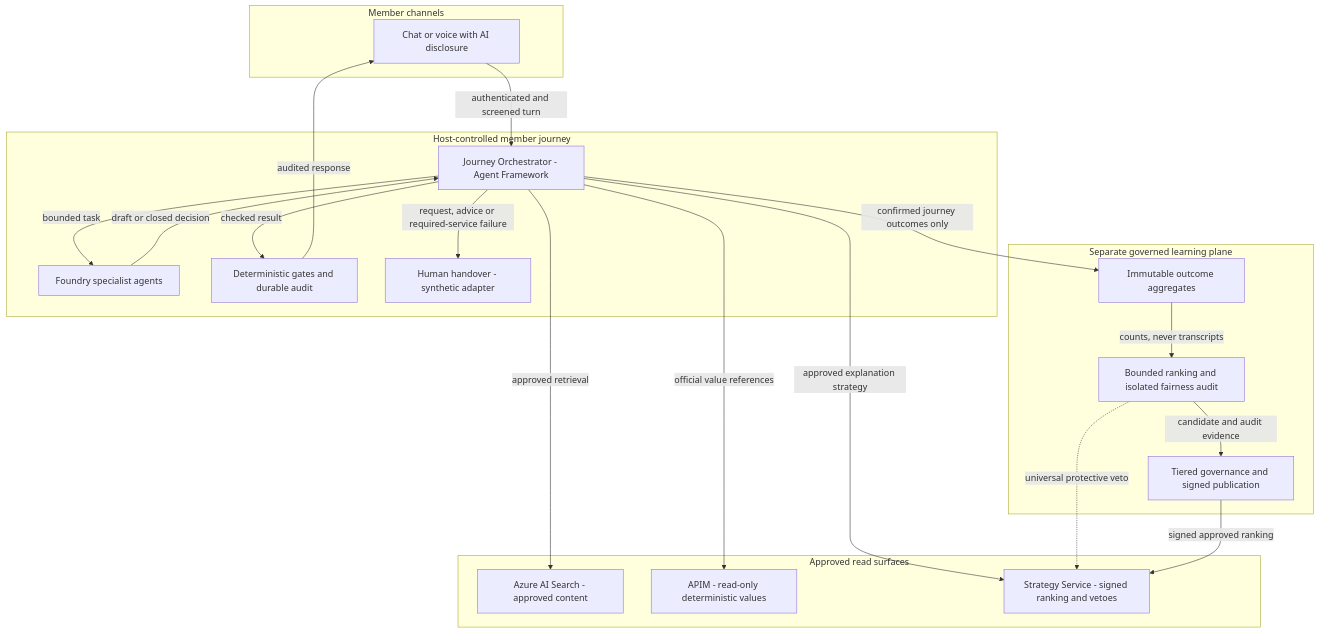
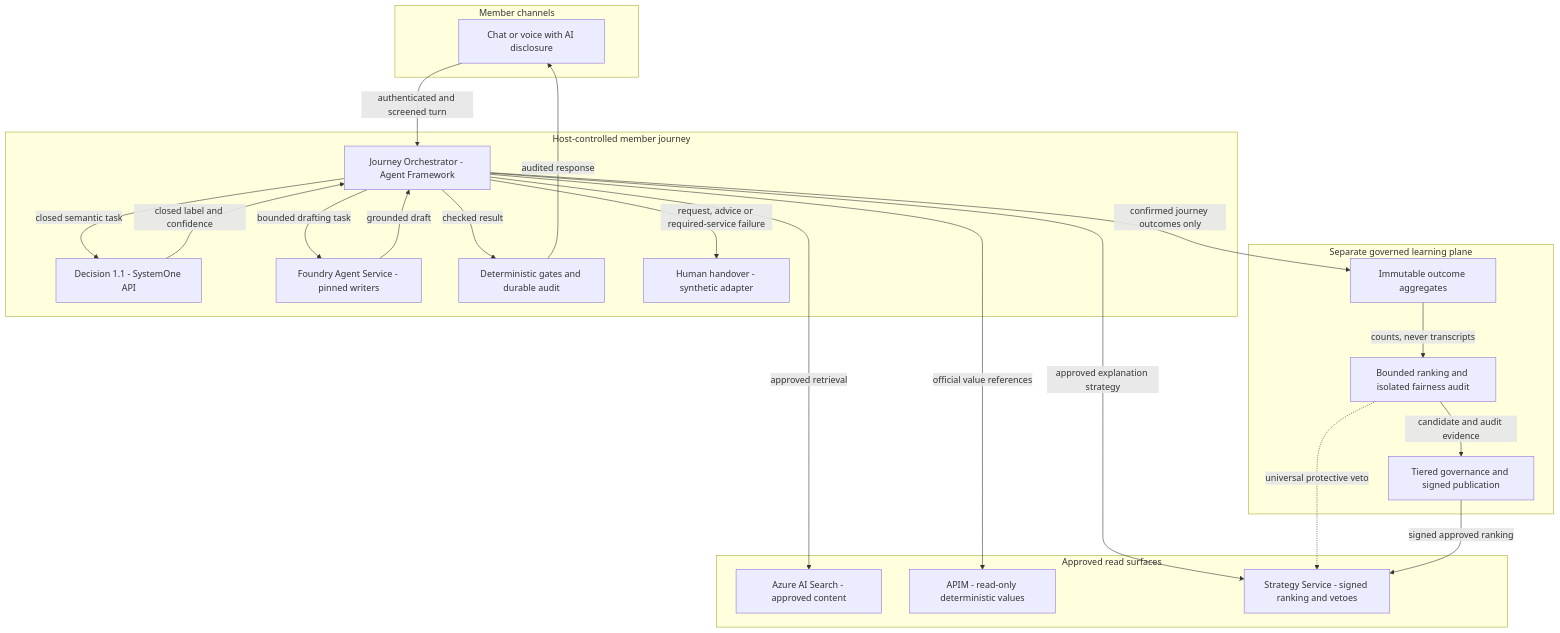
Before and after one commit to lhgomes/azure-governed-graph: the first of 2 diagrams in docs/diagrams/agent-workflow.md, drawn with Mermaid. The commit also changed other lines of this file and 8 other files, not shown here.

Commit message:
Refresh horizontal architecture diagrams and current semantic/governance documentation

````diff
--- a/docs/diagrams/agent-workflow.md
+++ b/docs/diagrams/agent-workflow.md
@@ -53,36 +48,39 @@
 ```mermaid
 flowchart TD
     subgraph Channels["Member channels"]
         channel["Chat or voice with AI disclosure"]
     end
     subgraph Runtime["Host-controlled member journey"]
         host["Journey Orchestrator - Agent Framework"]
-        roles["Foundry specialist agents"]
+        decision["Decision 1.1 - SystemOne API"]
+        roles["Foundry Agent Service - pinned writers"]
         gates["Deterministic gates and durable audit"]
         human["Human handover - synthetic adapter"]
     end
     subgraph Services["Approved read surfaces"]
         search["Azure AI Search - approved content"]
         values["APIM - read-only deterministic values"]
         strategy["Strategy Service - signed ranking and vetoes"]
     end
     subgraph Learning["Separate governed learning plane"]
         aggregates["Immutable outcome aggregates"]
         bounded["Bounded ranking and isolated fairness audit"]
         governance["Tiered governance and signed publication"]
     end
     channel -->|"authenticated and screened turn"| host
-    host -->|"bounded task"| roles
-    roles -->|"draft or closed decision"| host
+    host -->|"closed semantic task"| decision
+    decision -->|"closed label and confidence"| host
+    host -->|"bounded drafting task"| roles
+    roles -->|"grounded draft"| host
     host -->|"approved retrieval"| search
     host -->|"official value references"| values
     host -->|"approved explanation strategy"| strategy
     host -->|"checked result"| gates
     gates -->|"audited response"| channel
     host -->|"request, advice or required-service failure"| human
     host -->|"confirmed journey outcomes only"| aggregates
     aggregates -->|"counts, never transcripts"| bounded
     bounded -->|"candidate and audit evidence"| governance
     bounded -.->|"universal protective veto"| strategy
     governance -->|"signed approved ranking"| strategy
 ```
````
